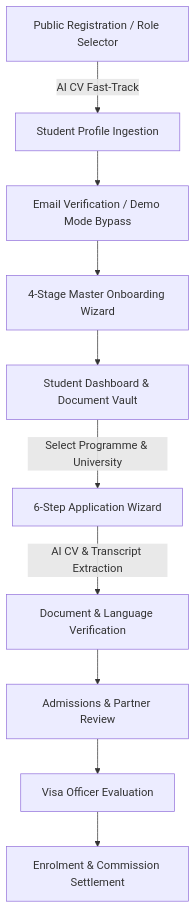
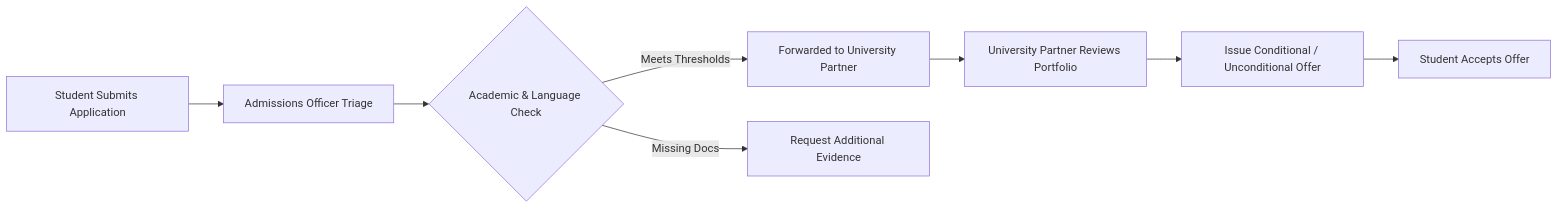
The third of 5 diagrams in README.md (MujtabaZaheer/CRM), drawn with Mermaid before and after one commit. The commit also changed other lines of this file, not shown here.

Commit message:
docs: add comprehensive end-to-end system flows and demo credentials to README.md

````diff
--- a/README.md
+++ b/README.md
@@ -55,12 +117,10 @@
 ```mermaid
-graph TD
-    A[Public Registration / Role Selector] -->|AI CV Fast-Track| B[Student Profile Ingestion]
-    B --> C[Email Verification / Demo Mode Bypass]
-    C --> D[4-Stage Master Onboarding Wizard]
-    D --> E[Student Dashboard & Document Vault]
-    E -->|Select Programme & University| F[6-Step Application Wizard]
-    F -->|AI CV & Transcript Extraction| G[Document & Language Verification]
-    G --> H[Admissions & Partner Review]
-    H --> I[Visa Officer Evaluation]
-    I --> J[Enrolment & Commission Settlement]
+graph LR
+    A[Student Submits Application] --> B[Admissions Officer Triage]
+    B --> C{Academic & Language Check}
+    C -->|Meets Thresholds| D[Forwarded to University Partner]
+    C -->|Missing Docs| E[Request Additional Evidence]
+    D --> F[University Partner Reviews Portfolio]
+    F --> G[Issue Conditional / Unconditional Offer]
+    G --> H[Student Accepts Offer]
 ```
````
